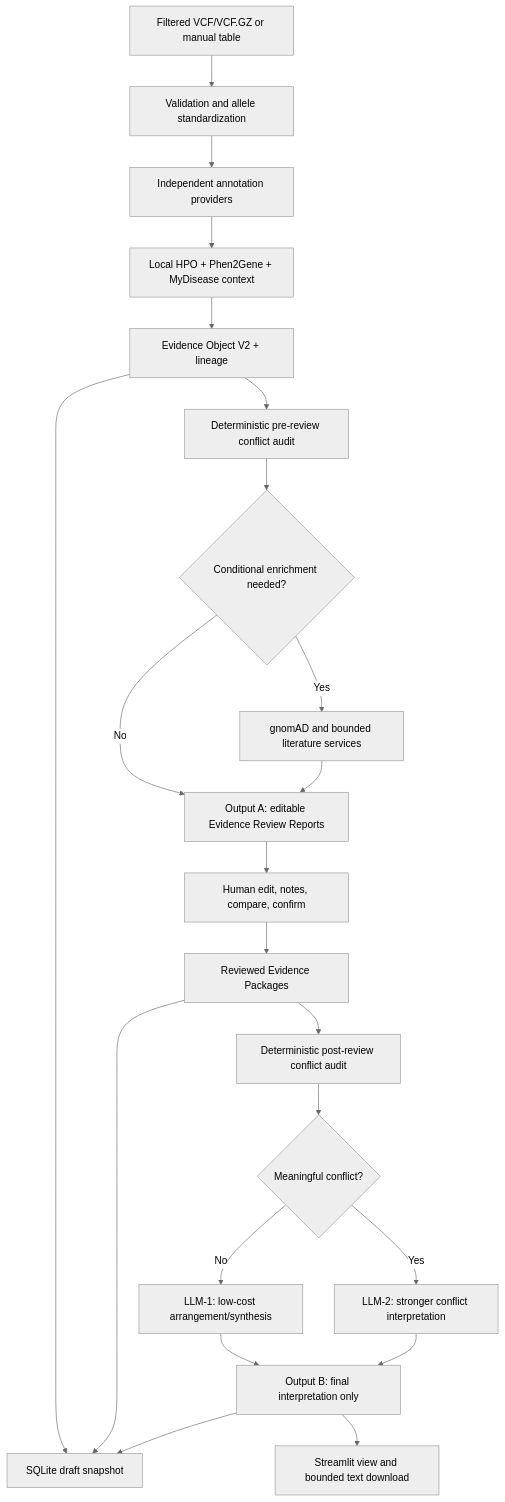
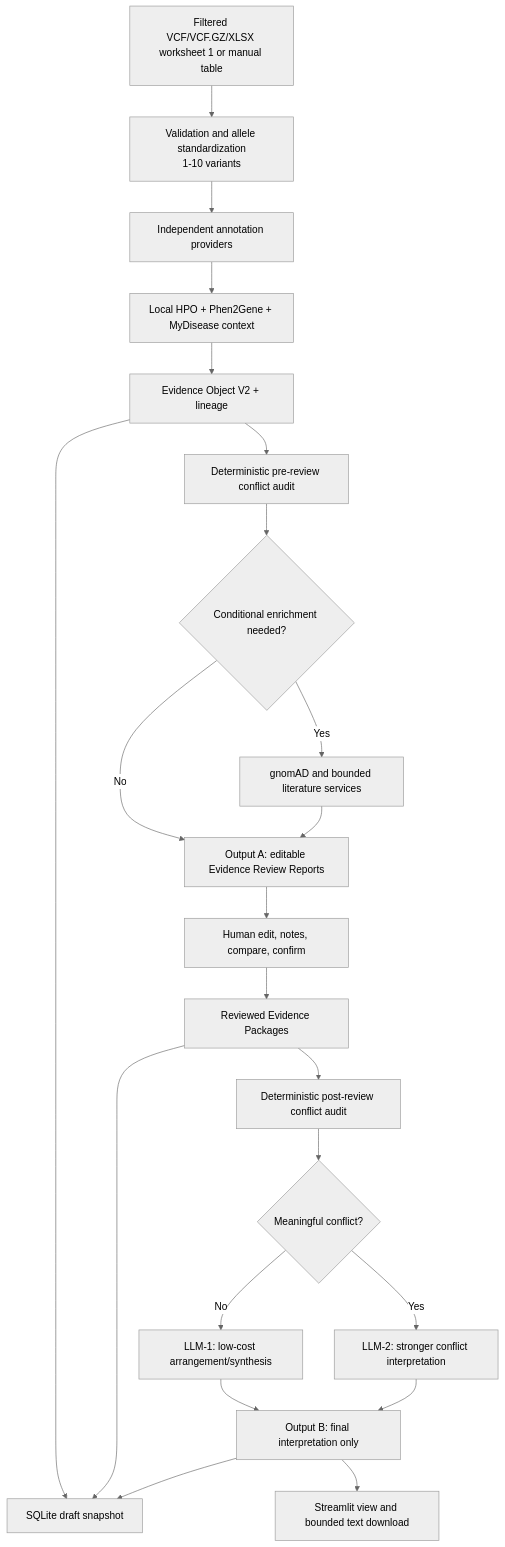
One commit to parhamKIY/CLINCAL_VARIANT_WEB_APPLICATION changed the second of 2 diagrams in docs/PROJECT_DECLARATION.md. Above: the diagram before and after it, drawn with Mermaid (neutral theme). The commit also changed other lines of this file and 11 other files, not shown here.

````diff
--- a/docs/PROJECT_DECLARATION.md
+++ b/docs/PROJECT_DECLARATION.md
@@ -139,24 +163,24 @@
 ```mermaid
 flowchart TD
-    U["Filtered VCF/VCF.GZ or manual table"] --> V["Validation and allele standardization"]
+    U["Filtered VCF/VCF.GZ/XLSX worksheet 1 or manual table"] --> V["Validation and allele standardization<br/>1-10 variants"]
     V --> A["Independent annotation providers"]
     A --> P["Local HPO + Phen2Gene + MyDisease context"]
     P --> E["Evidence Object V2 + lineage"]
     E --> C1["Deterministic pre-review conflict audit"]
     C1 --> CE{"Conditional enrichment needed?"}
     CE -- Yes --> X["gnomAD and bounded literature services"]
     CE -- No --> O
     X --> O["Output A: editable Evidence Review Reports"]
     O --> H["Human edit, notes, compare, confirm"]
     H --> RP["Reviewed Evidence Packages"]
     RP --> C2["Deterministic post-review conflict audit"]
     C2 --> R{"Meaningful conflict?"}
     R -- No --> L1["LLM-1: low-cost arrangement/synthesis"]
     R -- Yes --> L2["LLM-2: stronger conflict interpretation"]
     L1 --> B["Output B: final interpretation only"]
     L2 --> B
     E --> DB["SQLite draft snapshot"]
     RP --> DB
     B --> DB
     B --> DL["Streamlit view and bounded text download"]
 ```
````
